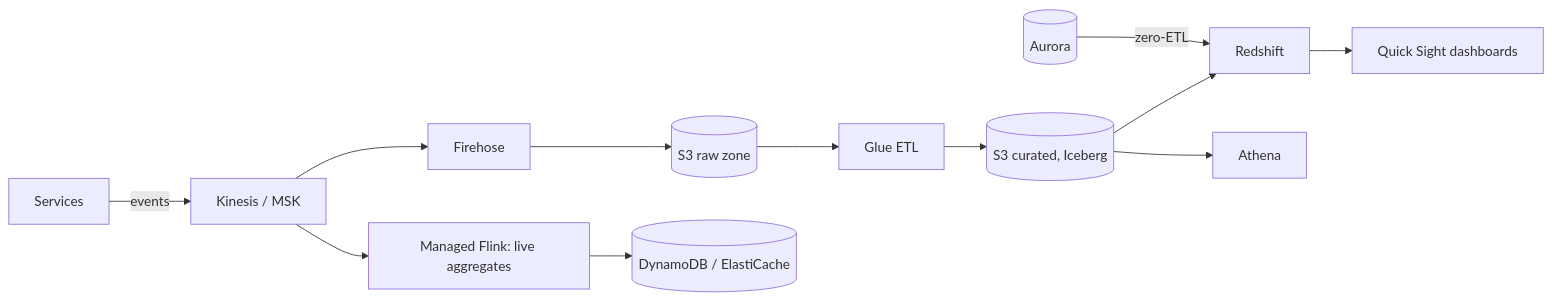
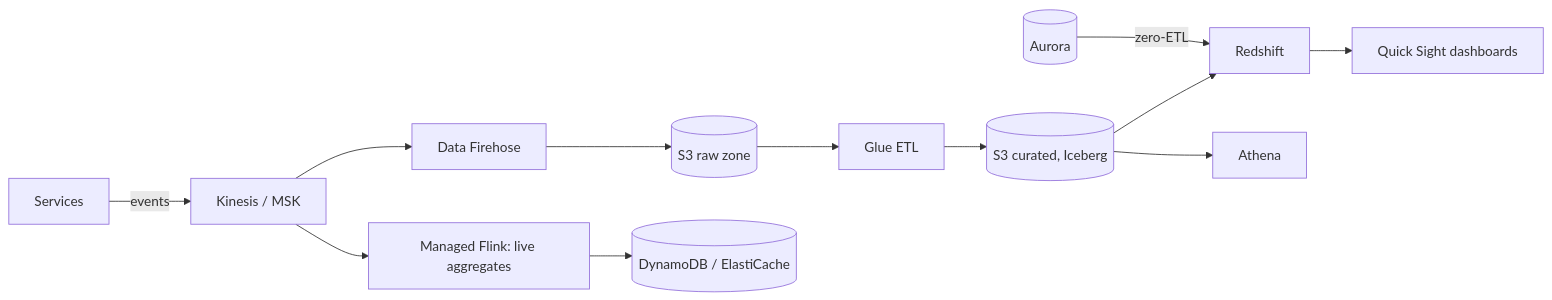
One commit to dhanrajsahoo0007/AI-ML changed the diagram in apps/web/content/cloud/aws/analytics.mdx. Above: the diagram before and after it, drawn with Mermaid. The commit also changed other lines of this file and 26 other files, not shown here.

````diff
--- a/apps/web/content/cloud/aws/analytics.mdx
+++ b/apps/web/content/cloud/aws/analytics.mdx
@@ -22,11 +39,11 @@
 ```mermaid
 flowchart LR
     APP["Services"] -->|"events"| K["Kinesis / MSK"]
-    K --> FH["Firehose"] --> RAW[("S3 raw zone")]
+    K --> FH["Data Firehose"] --> RAW[("S3 raw zone")]
     K --> FL["Managed Flink: live aggregates"] --> DDB[("DynamoDB / ElastiCache")]
     DB[("Aurora")] -->|"zero-ETL"| RS["Redshift"]
     RAW --> GL["Glue ETL"] --> CUR[("S3 curated, Iceberg")]
     CUR --> ATH["Athena"]
     CUR --> RS
     RS --> QS["Quick Sight dashboards"]
 ```
````
